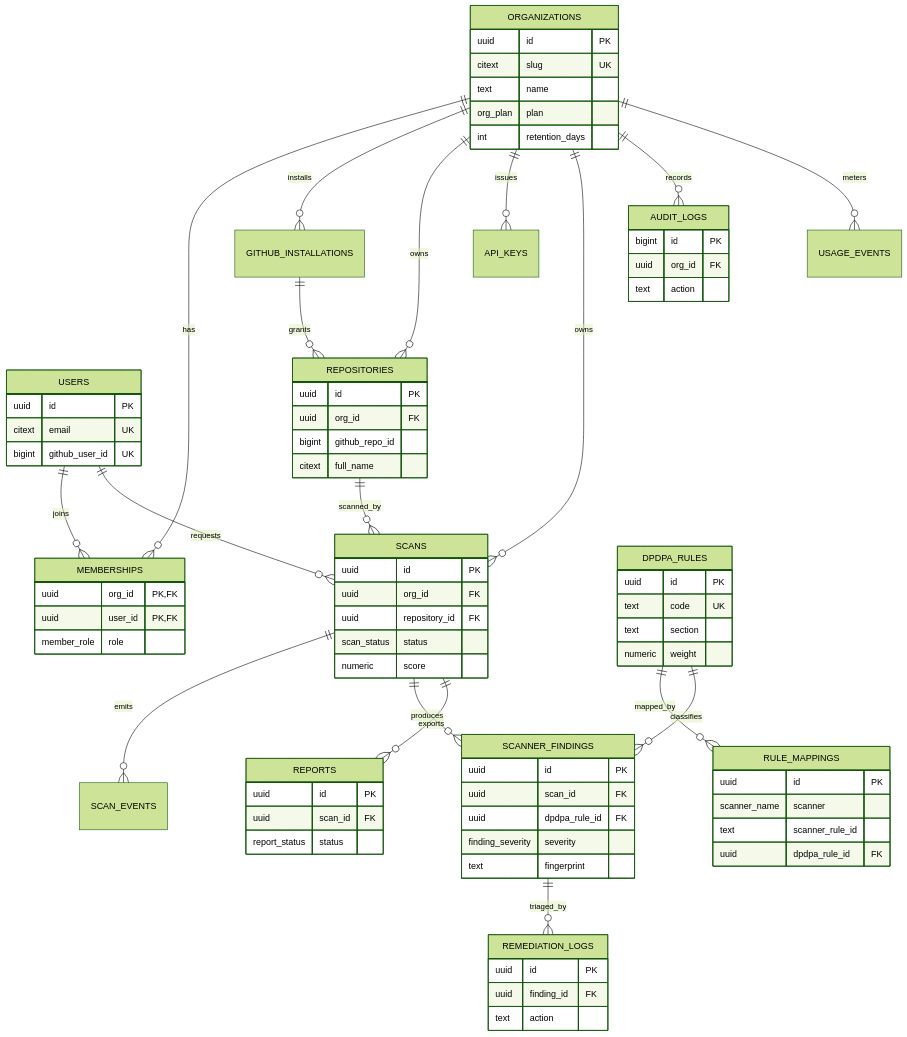
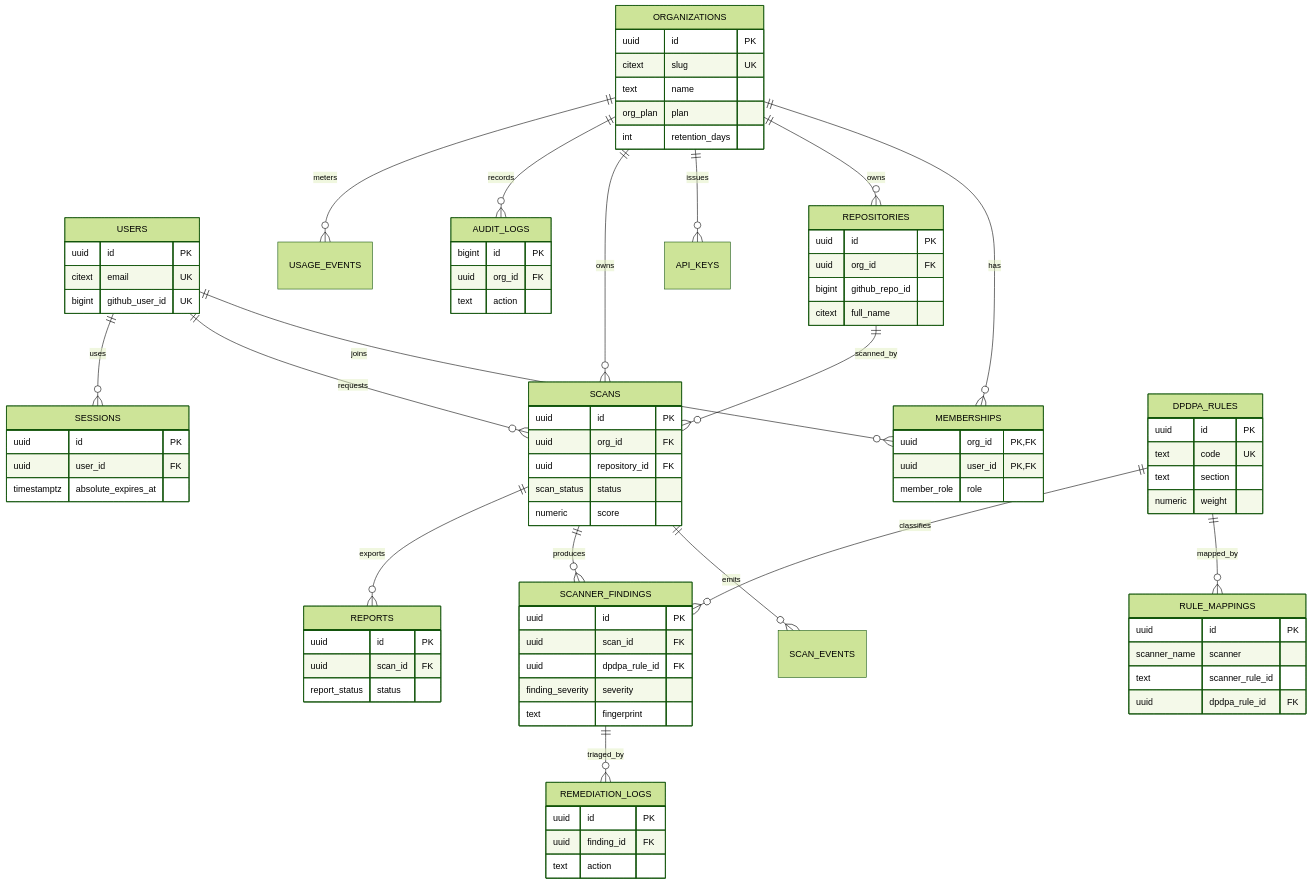
Before and after one commit to darshan192004/dpdp-auditor: the diagram in docs/database.md, drawn with Mermaid (forest theme). The commit also changed other lines of this file, not shown here.

First line of the commit message:
docs: make audit retention possible, add sessions table, enforce one-active-scan

````diff
--- a/docs/database.md
+++ b/docs/database.md
@@ -30,13 +30,12 @@
 erDiagram
   ORGANIZATIONS ||--o{ MEMBERSHIPS : has
   USERS ||--o{ MEMBERSHIPS : joins
-  ORGANIZATIONS ||--o{ GITHUB_INSTALLATIONS : installs
   ORGANIZATIONS ||--o{ REPOSITORIES : owns
-  GITHUB_INSTALLATIONS ||--o{ REPOSITORIES : grants
   ORGANIZATIONS ||--o{ API_KEYS : issues
   REPOSITORIES ||--o{ SCANS : scanned_by
   ORGANIZATIONS ||--o{ SCANS : owns
   USERS ||--o{ SCANS : requests
+  USERS ||--o{ SESSIONS : uses
   SCANS ||--o{ SCAN_EVENTS : emits
   SCANS ||--o{ SCANNER_FINDINGS : produces
   DPDPA_RULES ||--o{ RULE_MAPPINGS : mapped_by
@@ -110,4 +109,9 @@
     uuid org_id FK
     text action
   }
+  SESSIONS {
+    uuid id PK
+    uuid user_id FK
+    timestamptz absolute_expires_at
+  }
 ```
````
